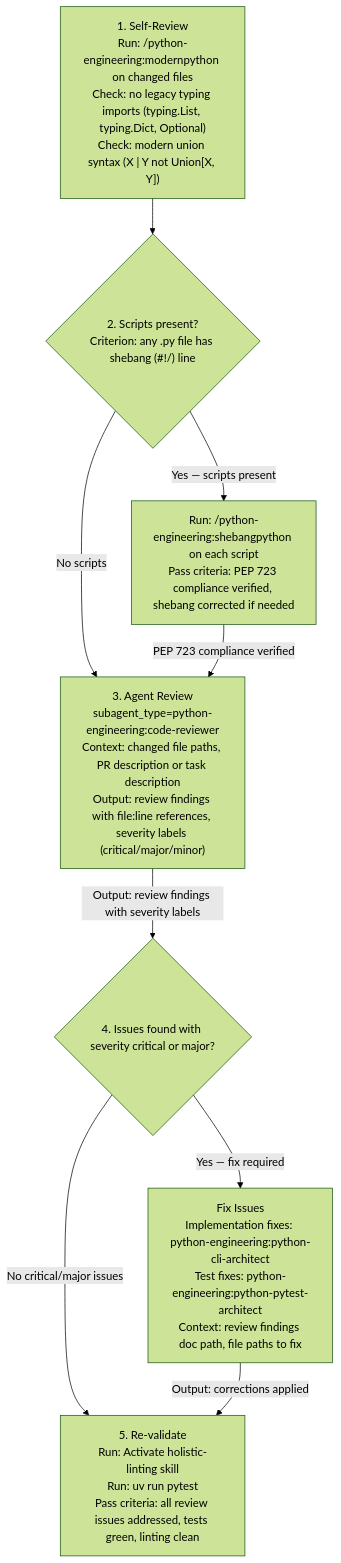
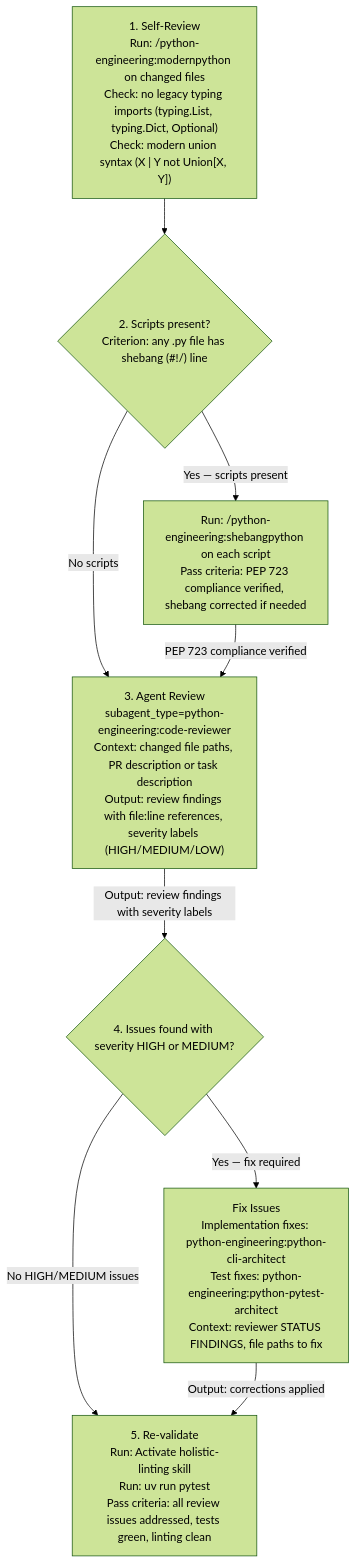
The third of 6 diagrams in plugins/python-engineering/skills/orchestrating-python-development/SKILL.md (Jamie-BitFlight/claude_skills), drawn with Mermaid (forest theme) before and after one commit. The commit also changed other lines of this file, not shown here.

Commit message:
fix(python-engineering): align workflow handoff contracts

````diff
--- a/plugins/python-engineering/skills/orchestrating-python-development/SKILL.md
+++ b/plugins/python-engineering/skills/orchestrating-python-development/SKILL.md
@@ -132,18 +132,18 @@
 ```mermaid
 flowchart TD
     S1["1. Self-Review<br>Run: /python-engineering:modernpython on changed files<br>Check: no legacy typing imports (typing.List, typing.Dict, Optional)<br>Check: modern union syntax (X | Y not Union[X, Y])"]
     S2{"2. Scripts present?<br>Criterion: any .py file has shebang (#!/) line"}
     S2a["Run: /python-engineering:shebangpython on each script<br>Pass criteria: PEP 723 compliance verified, shebang corrected if needed"]
-    S3["3. Agent Review<br>subagent_type=python-engineering:code-reviewer<br>Context: changed file paths, PR description or task description<br>Output: review findings with file:line references, severity labels (critical/major/minor)"]
-    S4{"4. Issues found with severity critical or major?"}
-    S4a["Fix Issues<br>Implementation fixes: python-engineering:python-cli-architect<br>Test fixes: python-engineering:python-pytest-architect<br>Context: review findings doc path, file paths to fix"]
+    S3["3. Agent Review<br>subagent_type=python-engineering:code-reviewer<br>Context: changed file paths, PR description or task description<br>Output: review findings with file:line references, severity labels (HIGH/MEDIUM/LOW)"]
+    S4{"4. Issues found with severity HIGH or MEDIUM?"}
+    S4a["Fix Issues<br>Implementation fixes: python-engineering:python-cli-architect<br>Test fixes: python-engineering:python-pytest-architect<br>Context: reviewer STATUS FINDINGS, file paths to fix"]
     S5["5. Re-validate<br>Run: Activate holistic-linting skill<br>Run: uv run pytest<br>Pass criteria: all review issues addressed, tests green, linting clean"]
     S1 --> S2
     S2 -->|"Yes — scripts present"| S2a
     S2 -->|"No scripts"| S3
     S2a -->|"PEP 723 compliance verified"| S3
     S3 -->|"Output: review findings with severity labels"| S4
     S4 -->|"Yes — fix required"| S4a
-    S4 -->|"No critical/major issues"| S5
+    S4 -->|"No HIGH/MEDIUM issues"| S5
     S4a -->|"Output: corrections applied"| S5
 ```
````
